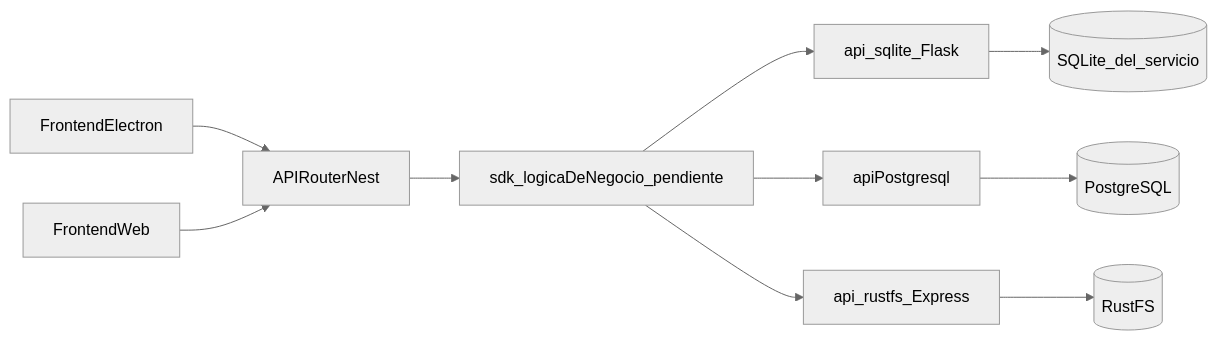
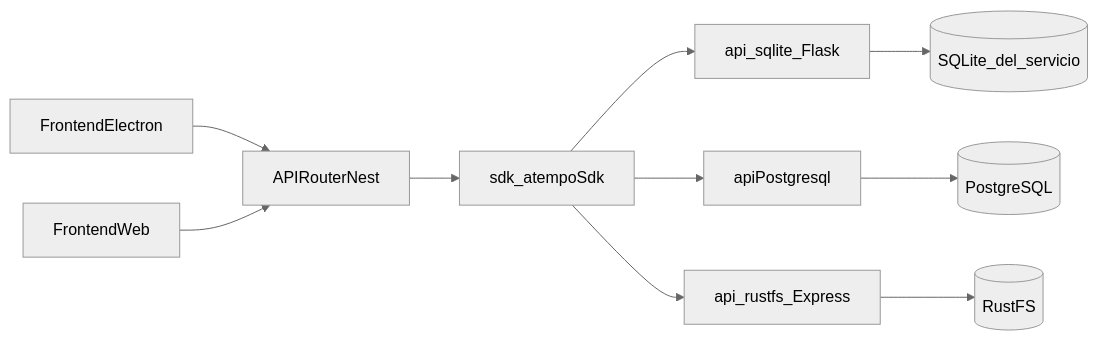
One commit to venturars/aTempo changed the first of 2 diagrams in docs/ARCHITECTURE.md. Above: the diagram before and after it, drawn with Mermaid (neutral theme). The commit also changed other lines of this file and 88 other files, not shown here.

````diff
--- a/docs/ARCHITECTURE.md
+++ b/docs/ARCHITECTURE.md
@@ -13,22 +13,22 @@
 ```mermaid
 flowchart LR
   electron[FrontendElectron]
   web[FrontendWeb]
   router[APIRouterNest]
-  sdk[sdk_logicaDeNegocio_pendiente]
+  sdk[sdk_atempoSdk]
   sqliteApi[api_sqlite_Flask]
   serviceSqlite[(SQLite_del_servicio)]
   apiPg[apiPostgresql]
   postgres[(PostgreSQL)]
   objectApi[api_rustfs_Express]
   rustfs[(RustFS)]
   electron --> router
   web --> router
   router --> sdk
   sdk --> sqliteApi
   sqliteApi --> serviceSqlite
   sdk --> apiPg
   sdk --> objectApi
   apiPg --> postgres
   objectApi --> rustfs
 ```
````
